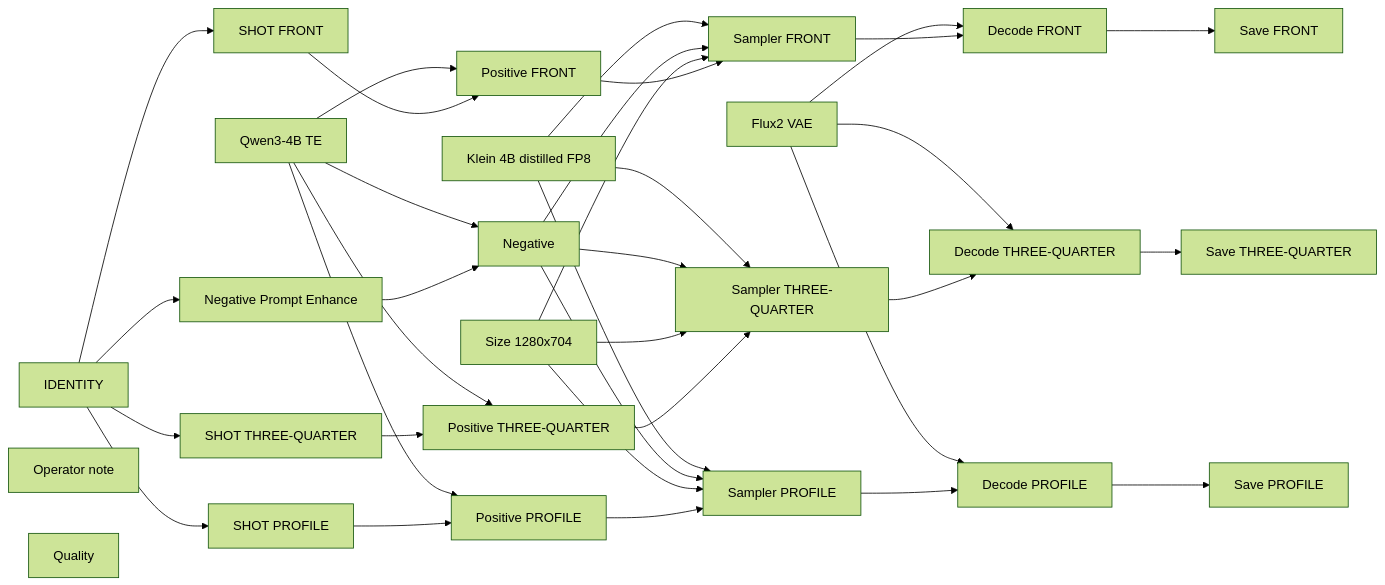
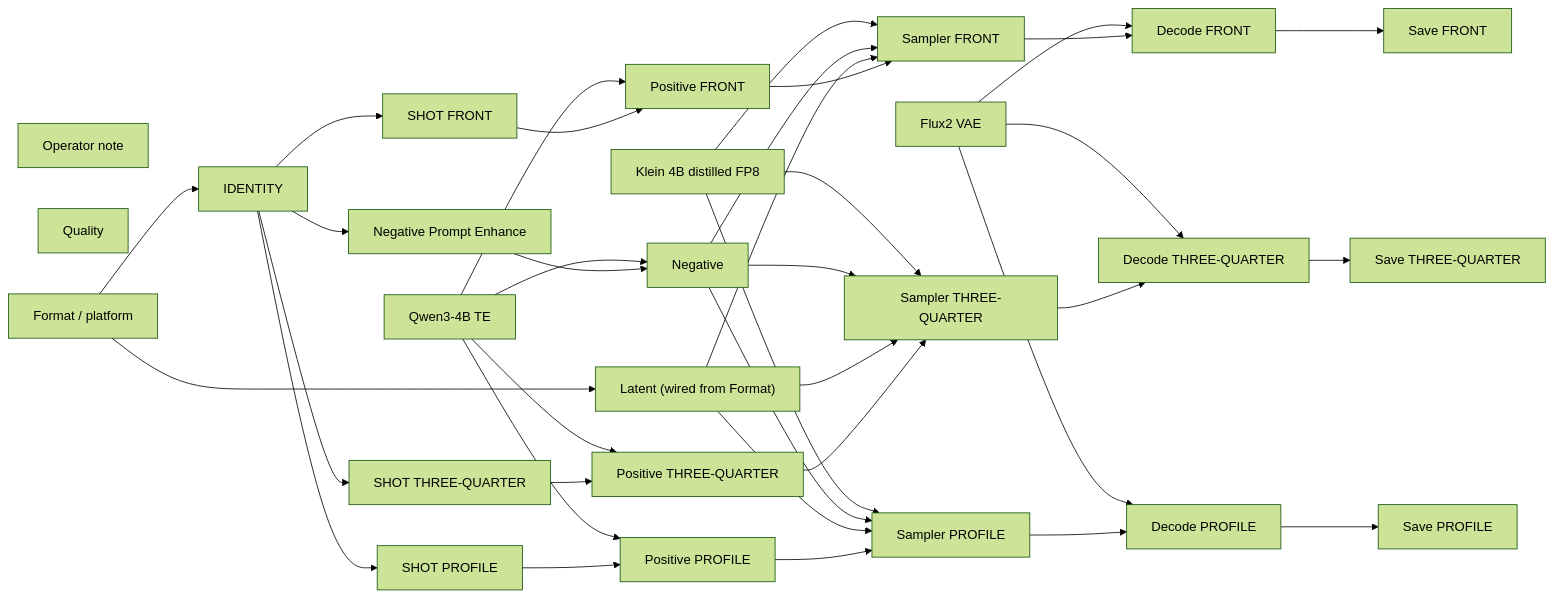
Before and after one commit to toxicoder/ez-comfy-stack: the diagram in docs/generated/workflows/klein/identity-sheet.md, drawn with Mermaid (forest theme). The commit also changed other lines of this file and 312 other files, not shown here.

First line of the commit message:
feat: Format / platform on Klein, Wan, and LTX Apps

````diff
--- a/docs/generated/workflows/klein/identity-sheet.md
+++ b/docs/generated/workflows/klein/identity-sheet.md
@@ -51,60 +53,63 @@
 ```mermaid
 flowchart LR
   N1["Klein 4B distilled FP8"]
   N2["Qwen3-4B TE"]
   N3["Flux2 VAE"]
   N4["IDENTITY"]
   N5["Negative"]
-  N6["Size 1280x704"]
+  N6["Latent (wired from Format)"]
   N7["Operator note"]
   N10["SHOT FRONT"]
   N11["Positive FRONT"]
   N12["Sampler FRONT"]
   N13["Decode FRONT"]
   N14["Save FRONT"]
   N16["SHOT THREE-QUARTER"]
   N17["Positive THREE-QUARTER"]
   N18["Sampler THREE-QUARTER"]
   N19["Decode THREE-QUARTER"]
   N20["Save THREE-QUARTER"]
   N22["SHOT PROFILE"]
   N23["Positive PROFILE"]
   N24["Sampler PROFILE"]
   N25["Decode PROFILE"]
   N26["Save PROFILE"]
   N27["Negative Prompt Enhance"]
   N28["Quality"]
+  N29["Format / platform"]
   N1 --> N12
   N1 --> N18
   N1 --> N24
   N2 --> N5
   N2 --> N11
   N2 --> N17
   N2 --> N23
   N3 --> N13
   N3 --> N19
   N3 --> N25
   N4 --> N10
   N4 --> N16
   N4 --> N22
   N4 --> N27
   N5 --> N12
   N5 --> N18
   N5 --> N24
   N6 --> N12
   N6 --> N18
   N6 --> N24
   N10 --> N11
   N11 --> N12
   N12 --> N13
   N13 --> N14
   N16 --> N17
   N17 --> N18
   N18 --> N19
   N19 --> N20
   N22 --> N23
   N23 --> N24
   N24 --> N25
   N25 --> N26
   N27 --> N5
+  N29 --> N6
+  N29 --> N4
 ```
````
